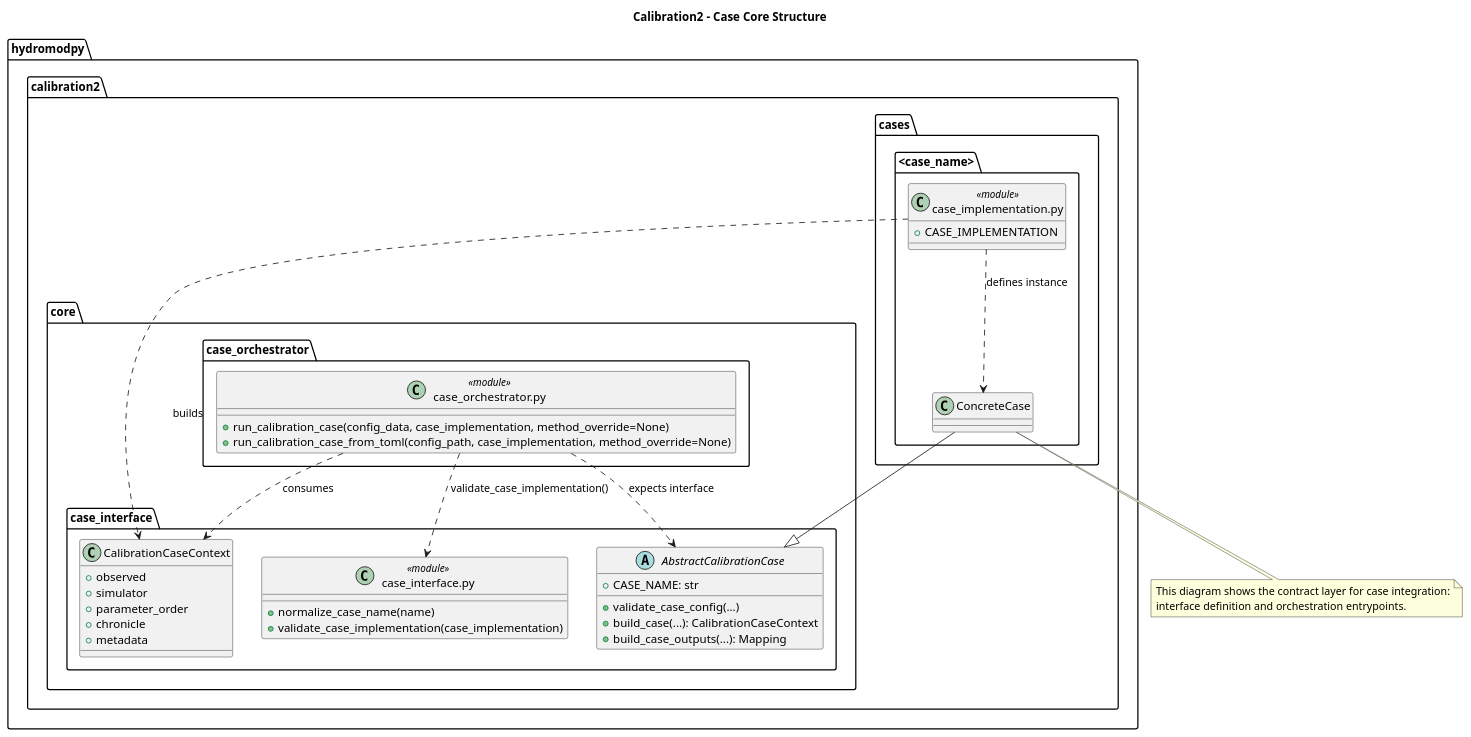
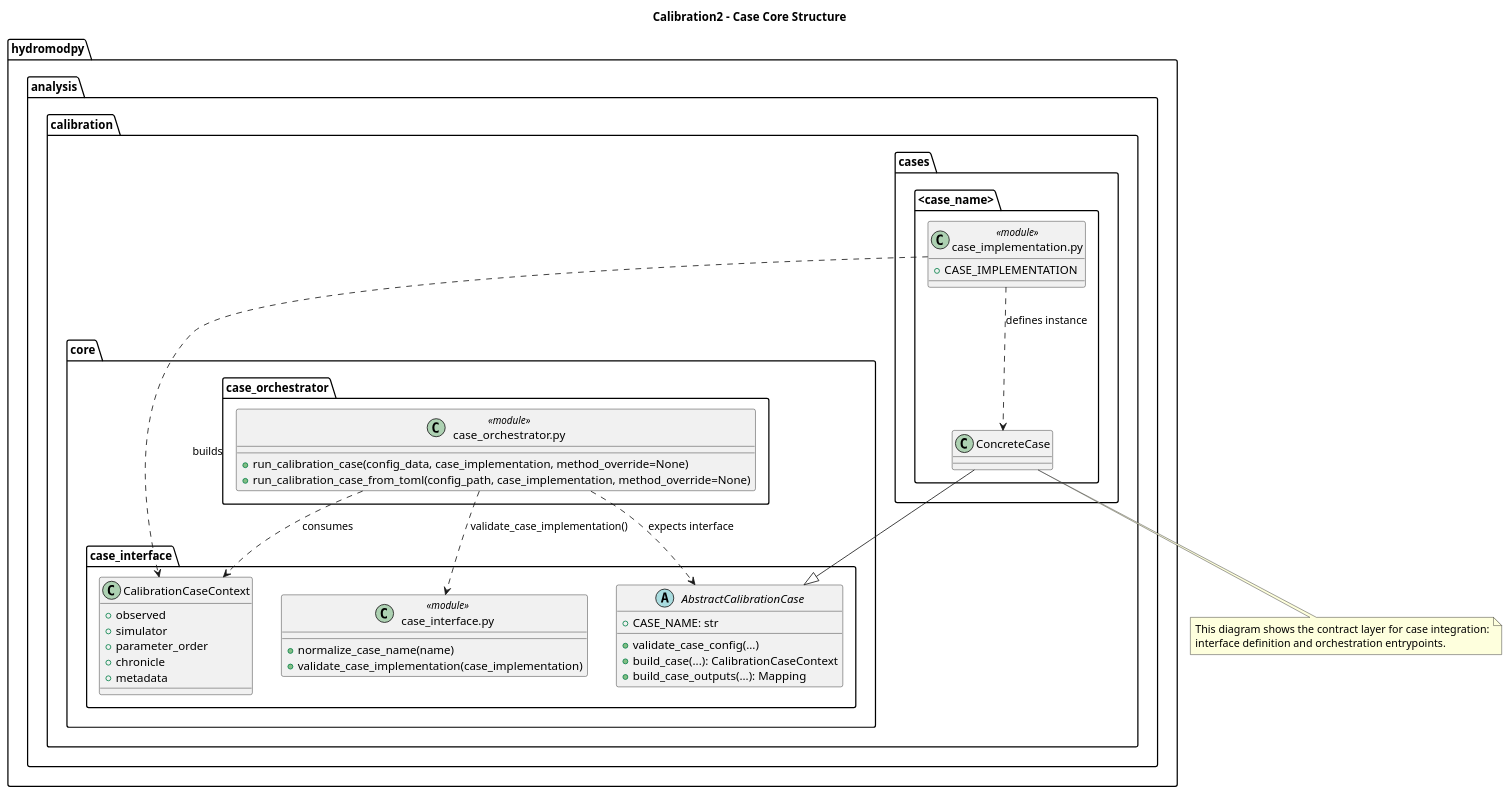
One commit to HydroModPy/HydroModPy changed the diagram in docs/readthedocs/source/architecture/calibration/diagrams/case_core_structure.wsd. Above: the diagram before and after it, drawn with PlantUML. The commit also changed 1238 other files, not shown here.

```diff
--- a/docs/readthedocs/source/architecture/calibration/diagrams/case_core_structure.wsd
+++ b/docs/readthedocs/source/architecture/calibration/diagrams/case_core_structure.wsd
@@ -1,54 +1,54 @@
 @startuml
 title Calibration2 - Case Core Structure
 
-package "hydromodpy.calibration2.core.case_interface" {
+package "hydromodpy.analysis.calibration.core.case_interface" {
   class CalibrationCaseContext {
     +observed
     +simulator
     +parameter_order
     +chronicle
     +metadata
   }
 
   abstract class AbstractCalibrationCase {
     +CASE_NAME: str
     +validate_case_config(...)
     +build_case(...): CalibrationCaseContext
     +build_case_outputs(...): Mapping
   }
 
   class "case_interface.py" as CaseInterfaceModule <<module>> {
     +normalize_case_name(name)
     +validate_case_implementation(case_implementation)
   }
 }
 
-package "hydromodpy.calibration2.core.case_orchestrator" {
+package "hydromodpy.analysis.calibration.core.case_orchestrator" {
   class "case_orchestrator.py" as CaseOrchestratorModule <<module>> {
     +run_calibration_case(config_data, case_implementation, method_override=None)
     +run_calibration_case_from_toml(config_path, case_implementation, method_override=None)
   }
 }
 
-package "hydromodpy.calibration2.cases.<case_name>" {
+package "hydromodpy.analysis.calibration.cases.<case_name>" {
   class "case_implementation.py" as CaseImplementationModule <<module>> {
     +CASE_IMPLEMENTATION
   }
 
   class "ConcreteCase" as ConcreteCase
 }
 
 CaseOrchestratorModule ..> AbstractCalibrationCase : expects interface
 CaseOrchestratorModule ..> CalibrationCaseContext : consumes
 CaseOrchestratorModule ..> CaseInterfaceModule : validate_case_implementation()
 
 ConcreteCase --|> AbstractCalibrationCase
 CaseImplementationModule ..> ConcreteCase : defines instance
 CaseImplementationModule ..> CalibrationCaseContext : builds
 
 note bottom
   This diagram shows the contract layer for case integration:
   interface definition and orchestration entrypoints.
 end note
 
 @enduml
```
